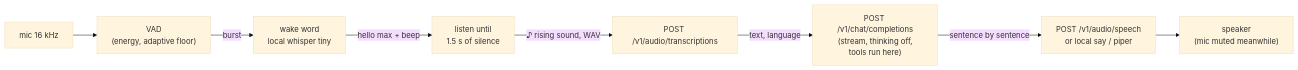
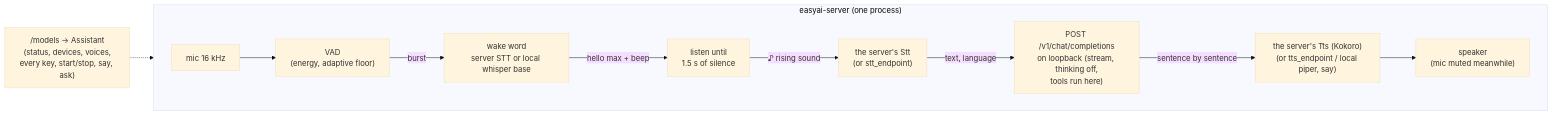
The diagram in easyai-assistant.md (solariun/easyai), drawn with Mermaid (base theme) before and after one commit. The commit also changed other lines of this file and 23 other files, not shown here.

````diff
--- a/easyai-assistant.md
+++ b/easyai-assistant.md
@@ -12,10 +15,14 @@
 ```mermaid
 flowchart LR
-  M["mic 16 kHz"] --> V["VAD\n(energy, adaptive floor)"]
-  V -->|burst| W["wake word\nlocal whisper tiny"]
-  W -->|hello max + beep| L["listen until\n1.5 s of silence"]
-  L -->|♪ rising sound, WAV| S["POST /v1/audio/transcriptions"]
-  S -->|text, language| C["POST /v1/chat/completions\n(stream, thinking off,\ntools run here)"]
-  C -->|sentence by sentence| T["POST /v1/audio/speech\nor local say / piper"]
-  T --> P["speaker\n(mic muted meanwhile)"]
+  subgraph SRV["easyai-server (one process)"]
+    direction LR
+    M["mic 16 kHz"] --> V["VAD\n(energy, adaptive floor)"]
+    V -->|burst| W["wake word\nserver STT or local whisper base"]
+    W -->|hello max + beep| L["listen until\n1.5 s of silence"]
+    L -->|♪ rising sound| S["the server's Stt\n(or stt_endpoint)"]
+    S -->|text, language| C["POST /v1/chat/completions\non loopback (stream, thinking off,\ntools run here)"]
+    C -->|sentence by sentence| T["the server's Tts (Kokoro)\n(or tts_endpoint / local piper, say)"]
+    T --> P["speaker\n(mic muted meanwhile)"]
+  end
+  D["/models → Assistant\n(status, devices, voices,\nevery key, start/stop, say, ask)"] -.-> SRV
 ```
````
